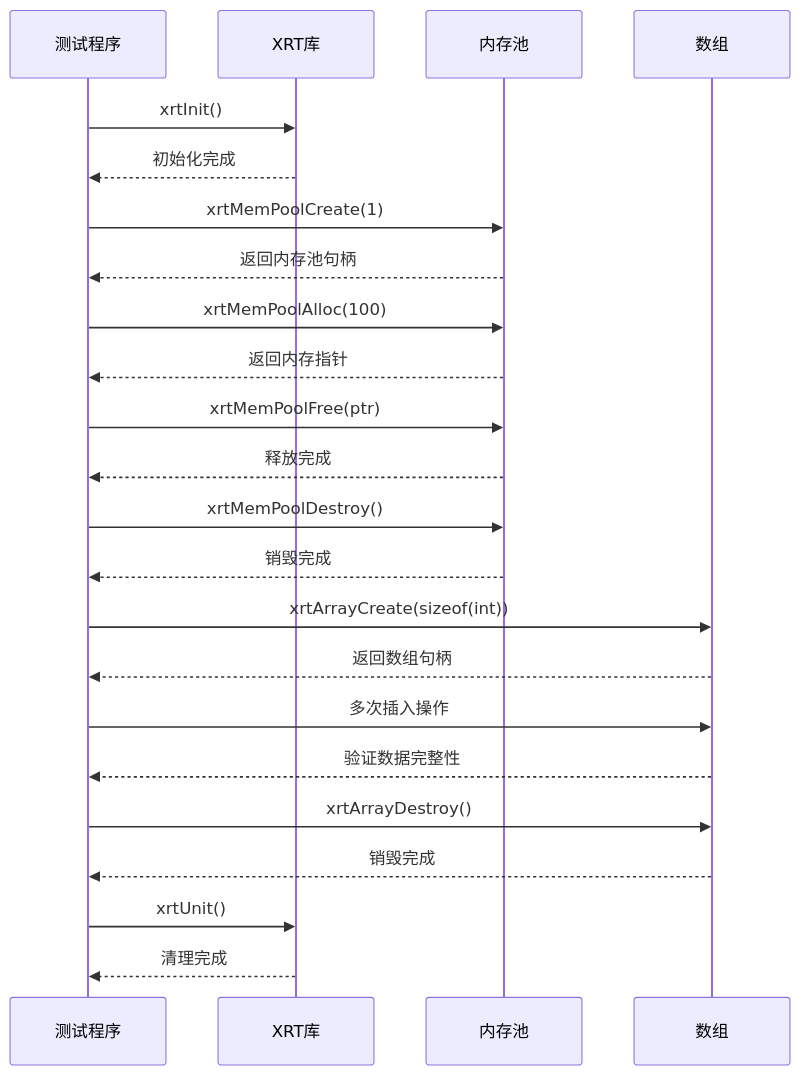
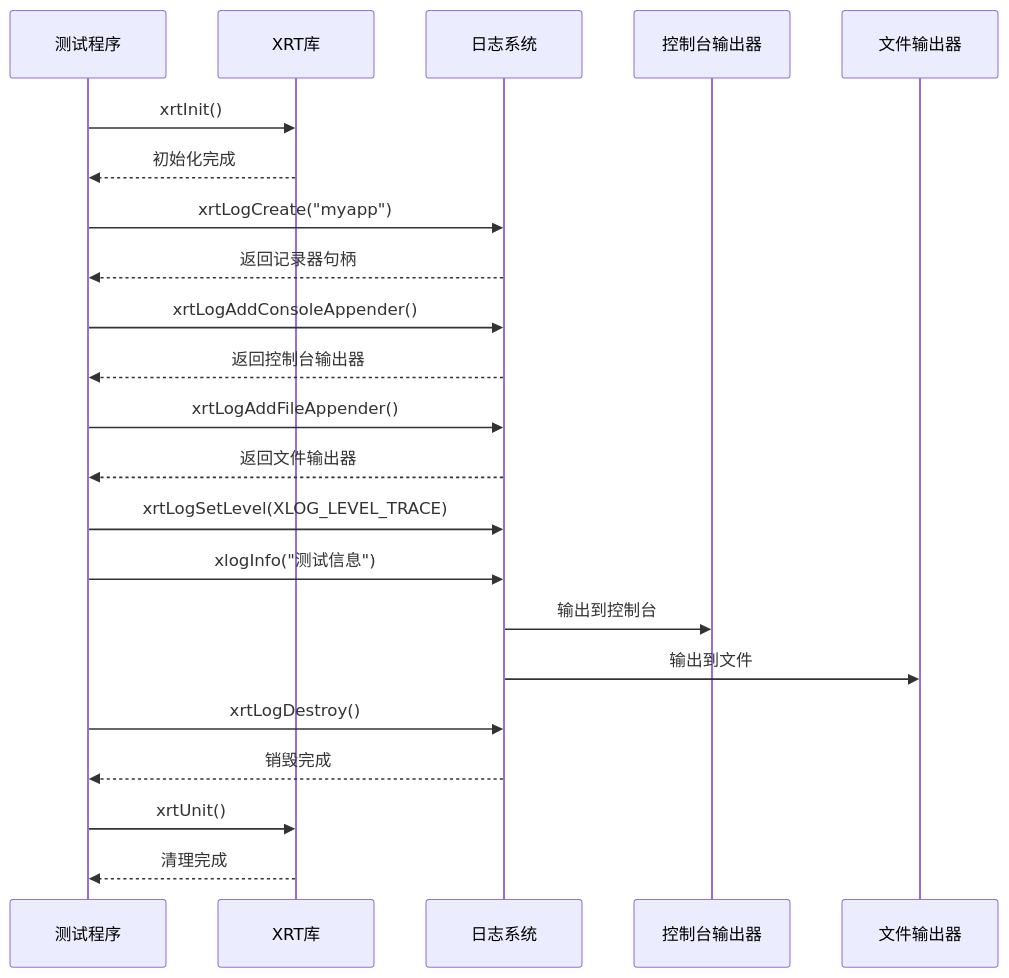
The ninth of 9 diagrams in .qoder/repowiki/zh/content/构建与部署/单头文件分发系统.md (xywhsoft/xrt), drawn with Mermaid before and after one commit. The commit also changed other lines of this file and 18 other files, not shown here.

````diff
--- a/.qoder/repowiki/zh/content/构建与部署/单头文件分发系统.md
+++ b/.qoder/repowiki/zh/content/构建与部署/单头文件分发系统.md
@@ -412,25 +722,24 @@
 ```mermaid
 sequenceDiagram
 participant T as 测试程序
 participant X as XRT库
-participant M as 内存池
-participant A as 数组
+participant L as 日志系统
+participant C as 控制台输出器
+participant F as 文件输出器
 T->>X : xrtInit()
 X-->>T : 初始化完成
-T->>M : xrtMemPoolCreate(1)
-M-->>T : 返回内存池句柄
-T->>M : xrtMemPoolAlloc(100)
-M-->>T : 返回内存指针
-T->>M : xrtMemPoolFree(ptr)
-M-->>T : 释放完成
-T->>M : xrtMemPoolDestroy()
-M-->>T : 销毁完成
-T->>A : xrtArrayCreate(sizeof(int))
-A-->>T : 返回数组句柄
-T->>A : 多次插入操作
-A-->>T : 验证数据完整性
-T->>A : xrtArrayDestroy()
-A-->>T : 销毁完成
+T->>L : xrtLogCreate("myapp")
+L-->>T : 返回记录器句柄
+T->>L : xrtLogAddConsoleAppender()
+L-->>T : 返回控制台输出器
+T->>L : xrtLogAddFileAppender()
+L-->>T : 返回文件输出器
+T->>L : xrtLogSetLevel(XLOG_LEVEL_TRACE)
+T->>L : xlogInfo("测试信息")
+L->>C : 输出到控制台
+L->>F : 输出到文件
+T->>L : xrtLogDestroy()
+L-->>T : 销毁完成
 T->>X : xrtUnit()
 X-->>T : 清理完成
 ```
````
